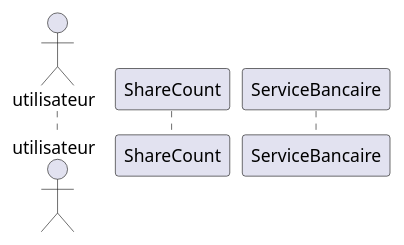
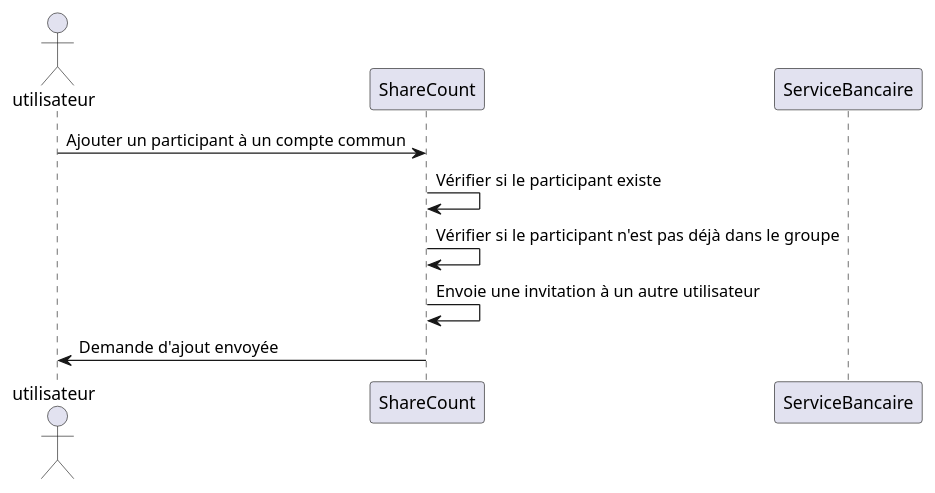
The diagram in diagrammes/specification/sequence/Inviter-Ajouter-un-participant.puml (lmtb06/sharecount), drawn with PlantUML before and after one commit. The commit also changed 1 other file, not shown here.

Commit message:
Fin des diagrammes de séquence

```diff
--- a/diagrammes/specification/sequence/Inviter-Ajouter-un-participant.puml
+++ b/diagrammes/specification/sequence/Inviter-Ajouter-un-participant.puml
@@ -1,7 +1,13 @@
 @startuml  Inviter/Ajouter un participant
 
 actor utilisateur as u
 participant ShareCount as sc
 participant ServiceBancaire as sb
 
+u -> sc : Ajouter un participant à un compte commun
+sc -> sc : Vérifier si le participant existe
+sc -> sc : Vérifier si le participant n'est pas déjà dans le groupe
+sc -> sc : Envoie une invitation à un autre utilisateur 
+sc -> u : Demande d'ajout envoyée
+
 @enduml
```
